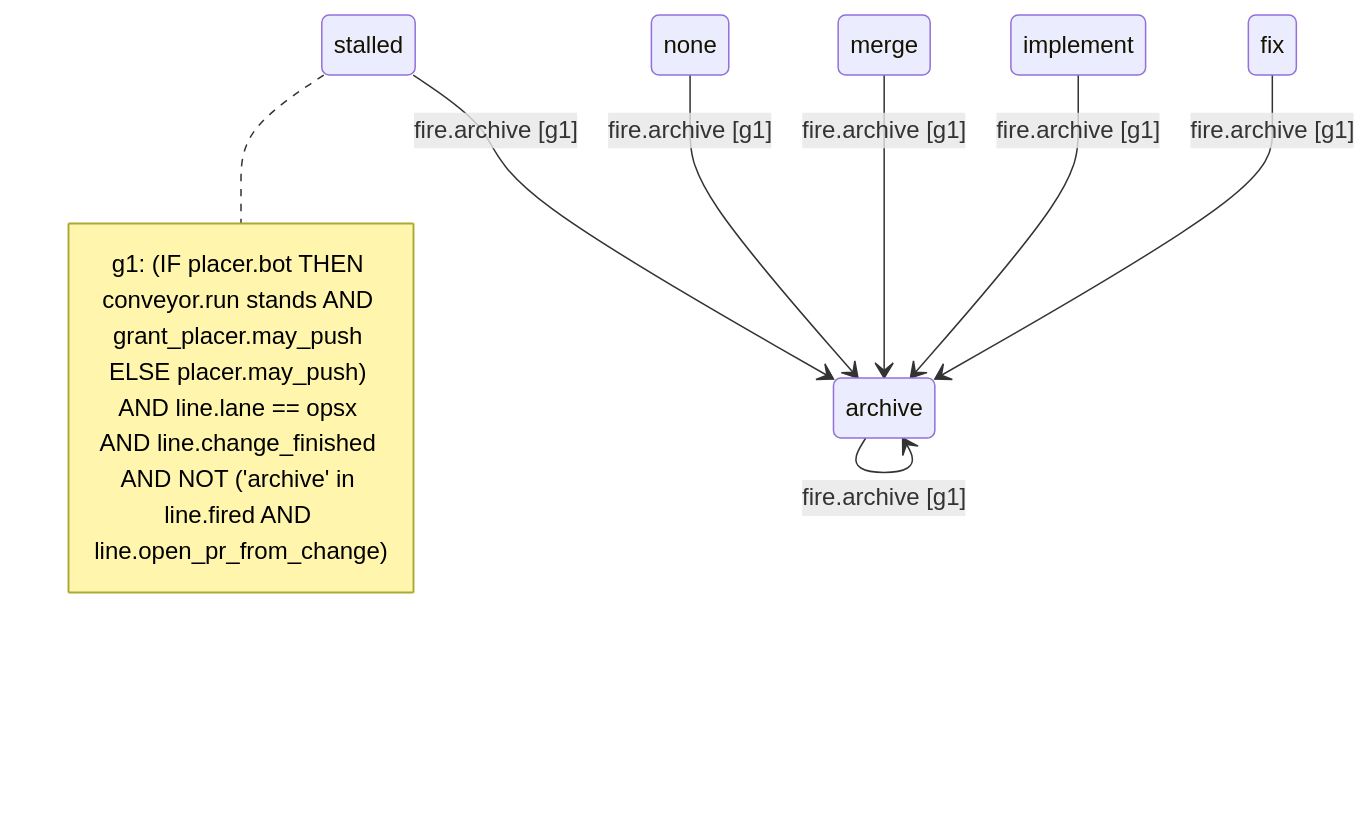
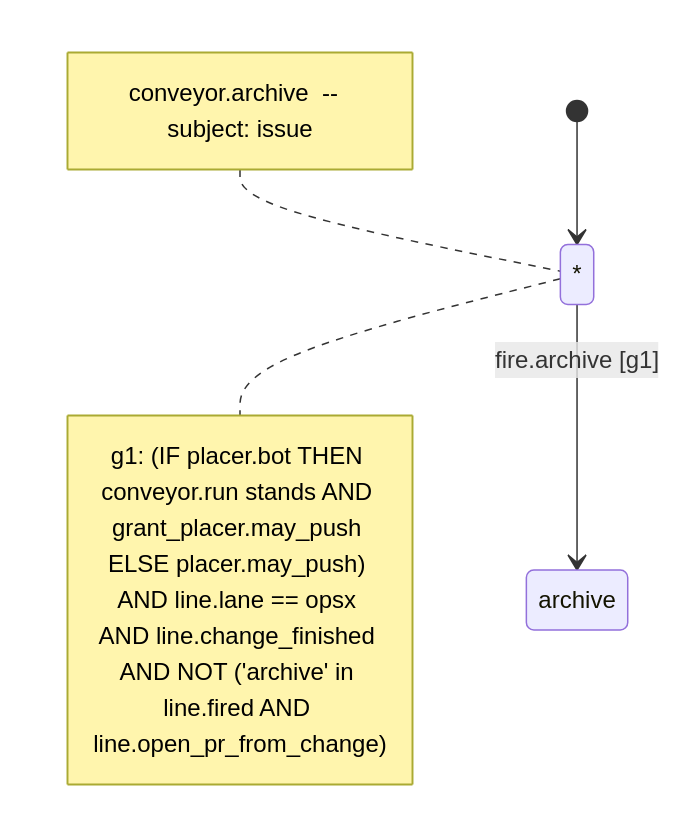
Before and after one commit to kostiantyn-matsebora/agent-ops-operator: the diagram in .github/conveyor-model/mermaid/conveyor_archive.mmd, drawn with Mermaid. The commit also changed 9 other files, not shown here.

```diff
--- a/.github/conveyor-model/mermaid/conveyor_archive.mmd
+++ b/.github/conveyor-model/mermaid/conveyor_archive.mmd
@@ -1,17 +1,16 @@
 stateDiagram-v2
-    %% no single initial state: this conveyor's real trigger fires identically from most of its own states once its guard holds
+    [*] --> any_state
+    note left of any_state
+        conveyor.archive  --  subject: issue
+    end note
+    state "*" as any_state
     state none
     state implement
     state fix
     state merge
     state archive
     state stalled
-    archive --> archive : fire.archive [g1]
-    fix --> archive : fire.archive [g1]
-    implement --> archive : fire.archive [g1]
-    merge --> archive : fire.archive [g1]
-    none --> archive : fire.archive [g1]
-    stalled --> archive : fire.archive [g1]
-    note right of stalled
+    any_state --> archive : fire.archive [g1]
+    note right of any_state
         g1: (IF placer.bot THEN conveyor.run stands AND grant_placer.may_push ELSE placer.may_push) AND line.lane == opsx AND line.change_finished AND NOT ('archive' in line.fired AND line.open_pr_from_change)
     end note
```
